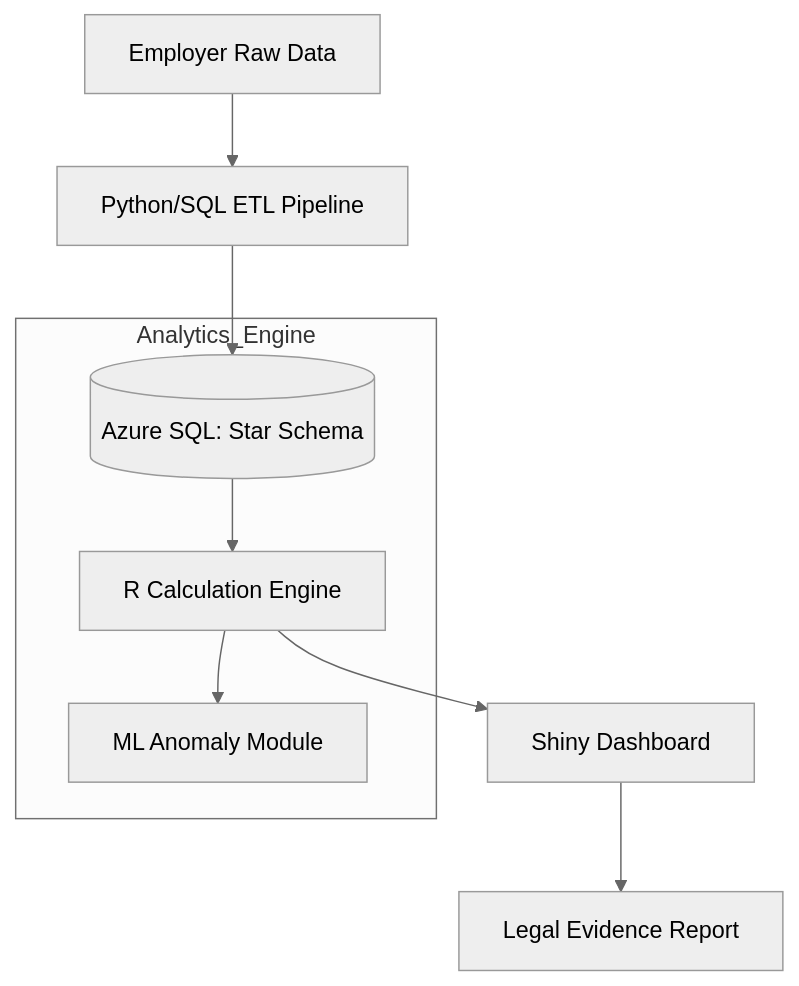
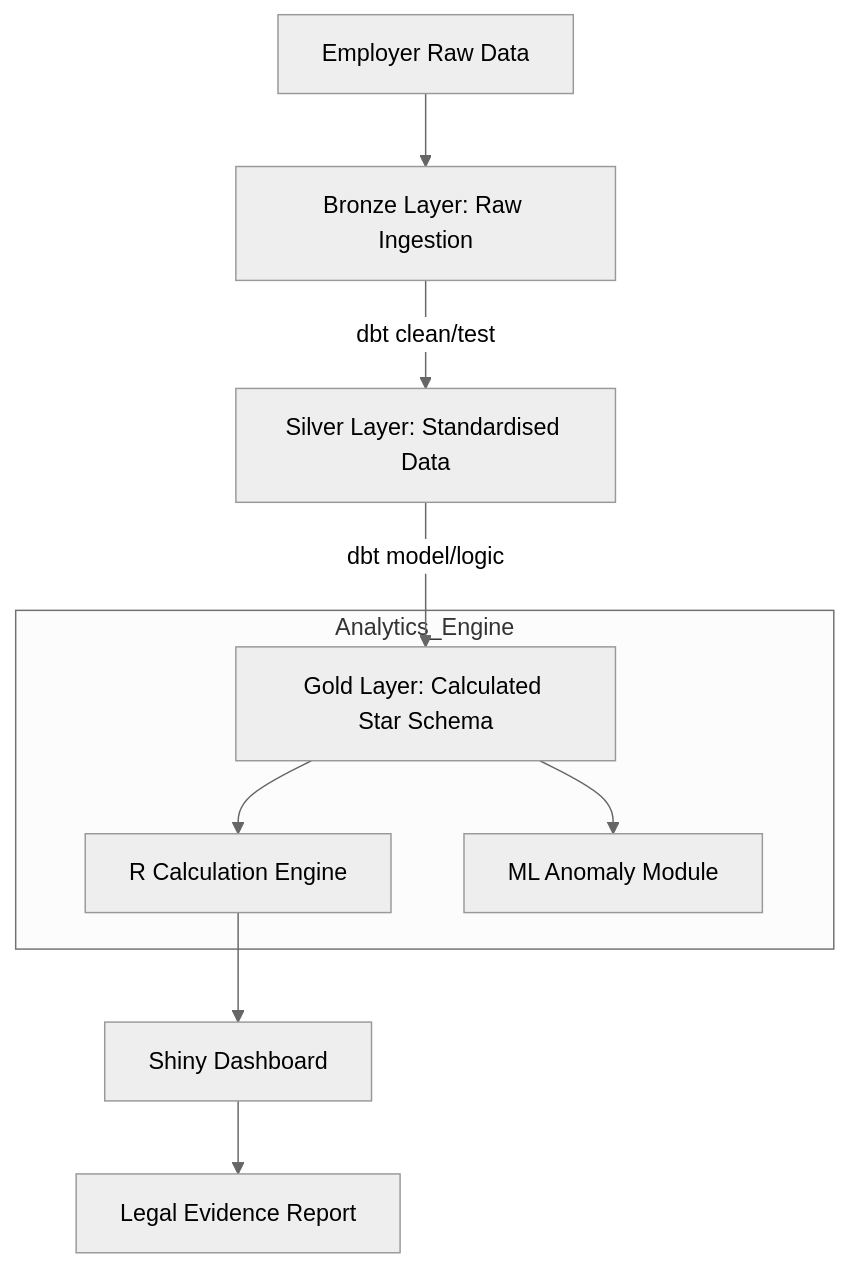
The diagram in FWO Entitlement Analysis & Compliance Tool (draft).md (agripda/awards_model), drawn with Mermaid (neutral theme) before and after one commit. The commit also changed other lines of this file, not shown here.

````diff
--- a/FWO Entitlement Analysis & Compliance Tool (draft).md
+++ b/FWO Entitlement Analysis & Compliance Tool (draft).md
@@ -81,11 +77,12 @@
 ```mermaid
 graph TD
-    A[Employer Raw Data] --> B[Python/SQL ETL Pipeline]
-    B --> C[(Azure SQL: Star Schema)]
+    A[Employer Raw Data] --> B[Bronze Layer: Raw Ingestion]
+    B -->|dbt clean/test| C[Silver Layer: Standardised Data]
+    C -->|dbt model/logic| D[Gold Layer: Calculated Star Schema]
     subgraph Analytics_Engine
-        C --> D[R Calculation Engine]
-        D --> E[ML Anomaly Module]
+        D --> E[R Calculation Engine]
+        D --> F[ML Anomaly Module]
     end
-    D --> F[Shiny Dashboard]
-    F --> G[Legal Evidence Report]
+    E --> G[Shiny Dashboard]
+    G --> H[Legal Evidence Report]
 ```
````
